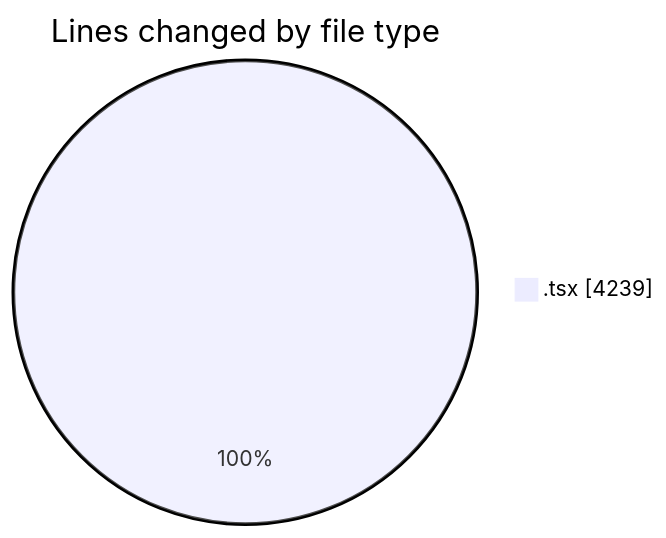
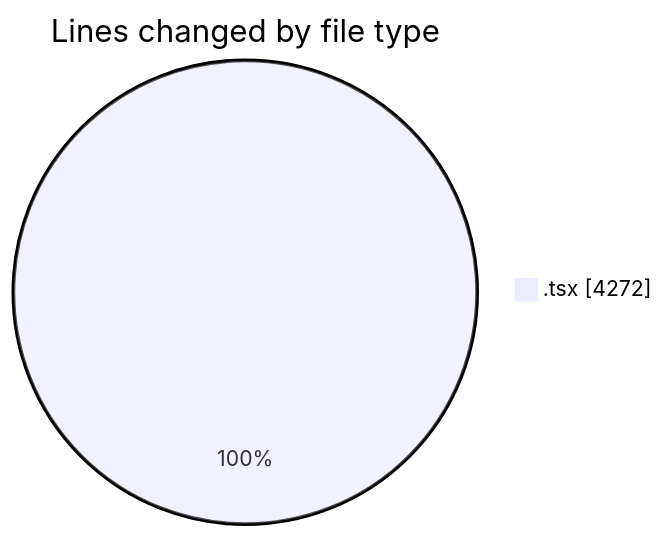
Before and after one commit to nxtqubesakshisongat/code-tracking: the first of 2 diagrams in 2026-03-05/nxtqube_webapp/README.md, drawn with Mermaid. The commit also changed other lines of this file and 1 other file, not shown here.

````diff
--- a/2026-03-05/nxtqube_webapp/README.md
+++ b/2026-03-05/nxtqube_webapp/README.md
@@ -23,5 +23,5 @@
 ```mermaid
 pie showData
 title Lines changed by file type
-".tsx" : 4239
+".tsx" : 4272
 ```
````
